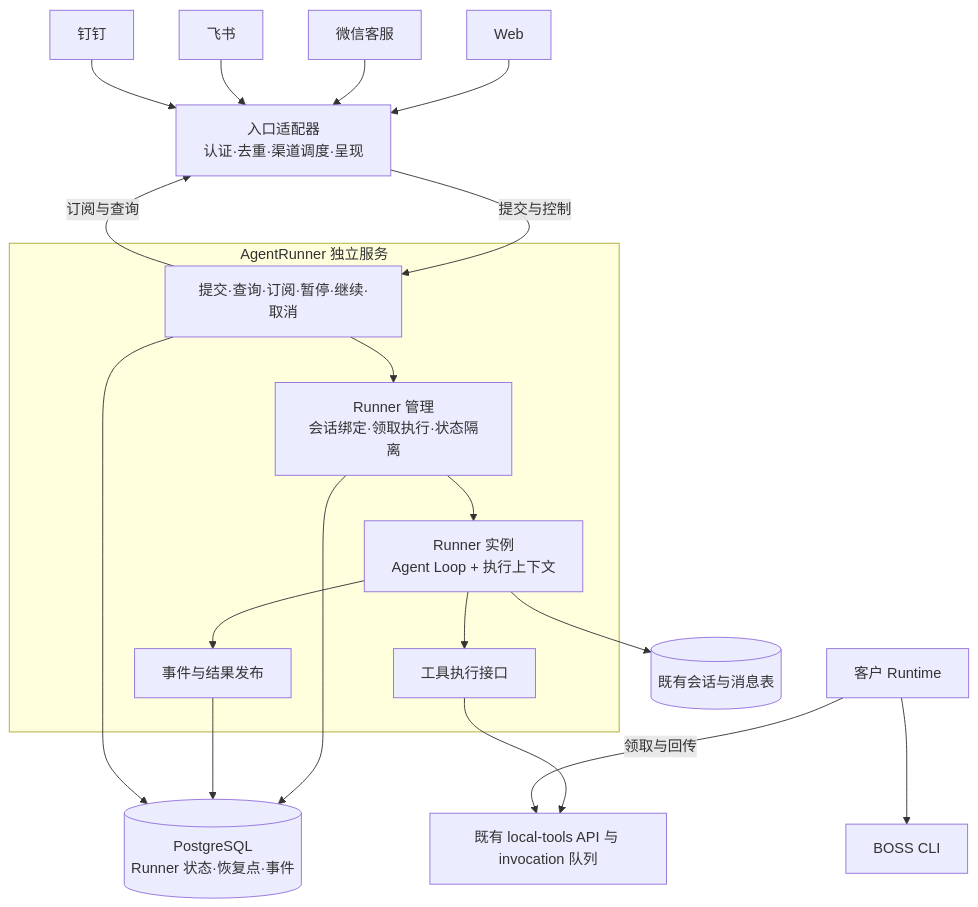
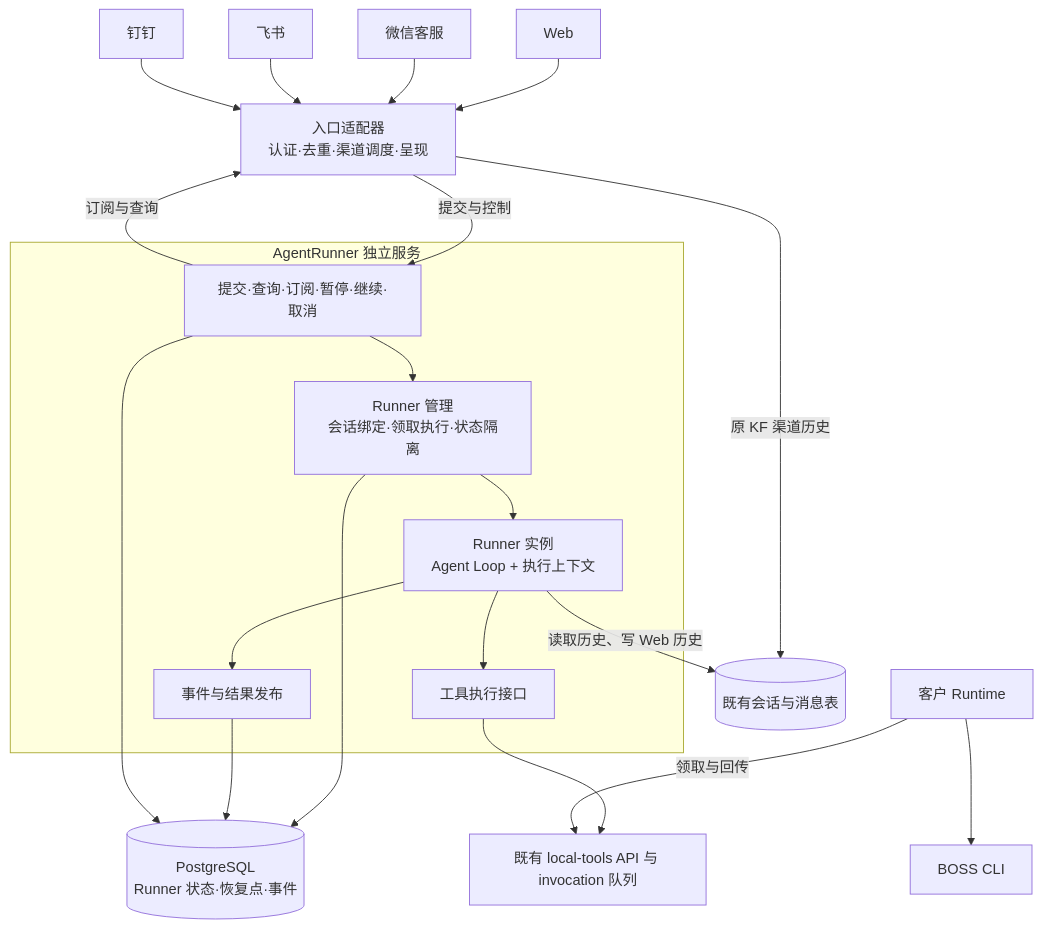
The diagram in docs/system/agent-application-architecture-design.md (ethynic/aid-work-agent), drawn with Mermaid before and after one commit. The commit also changed other lines of this file and 159 other files, not shown here.

````diff
--- a/docs/system/agent-application-architecture-design.md
+++ b/docs/system/agent-application-architecture-design.md
@@ -46,37 +46,38 @@
 ```mermaid
 flowchart TB
   W[Web]
   K[微信客服]
   F[飞书]
   D[钉钉]
   A["入口适配器<br/>认证·去重·渠道调度·呈现"]
   subgraph Service[AgentRunner 独立服务]
     API[提交·查询·订阅·暂停·继续·取消]
     Manager["Runner 管理<br/>会话绑定·领取执行·状态隔离"]
     Runner["Runner 实例<br/>Agent Loop + 执行上下文"]
     Tools[工具执行接口]
     Events[事件与结果发布]
   end
   Store[("PostgreSQL<br/>Runner 状态·恢复点·事件")]
   Chat[(既有会话与消息表)]
   Local[既有 local-tools API 与 invocation 队列]
   RT[客户 Runtime]
   B[BOSS CLI]
   W --> A
   K --> A
   F --> A
   D --> A
   A -->|提交与控制| API
   API -->|订阅与查询| A
   API --> Manager
   Manager --> Runner
   Runner --> Tools
   Runner --> Events
   Manager --> Store
   Events --> Store
   API --> Store
-  Runner --> Chat
+  Runner -->|读取历史、写 Web 历史| Chat
+  A -->|原 KF 渠道历史| Chat
   Tools --> Local
   RT -->|领取与回传| Local
   RT --> B
 ```
````
